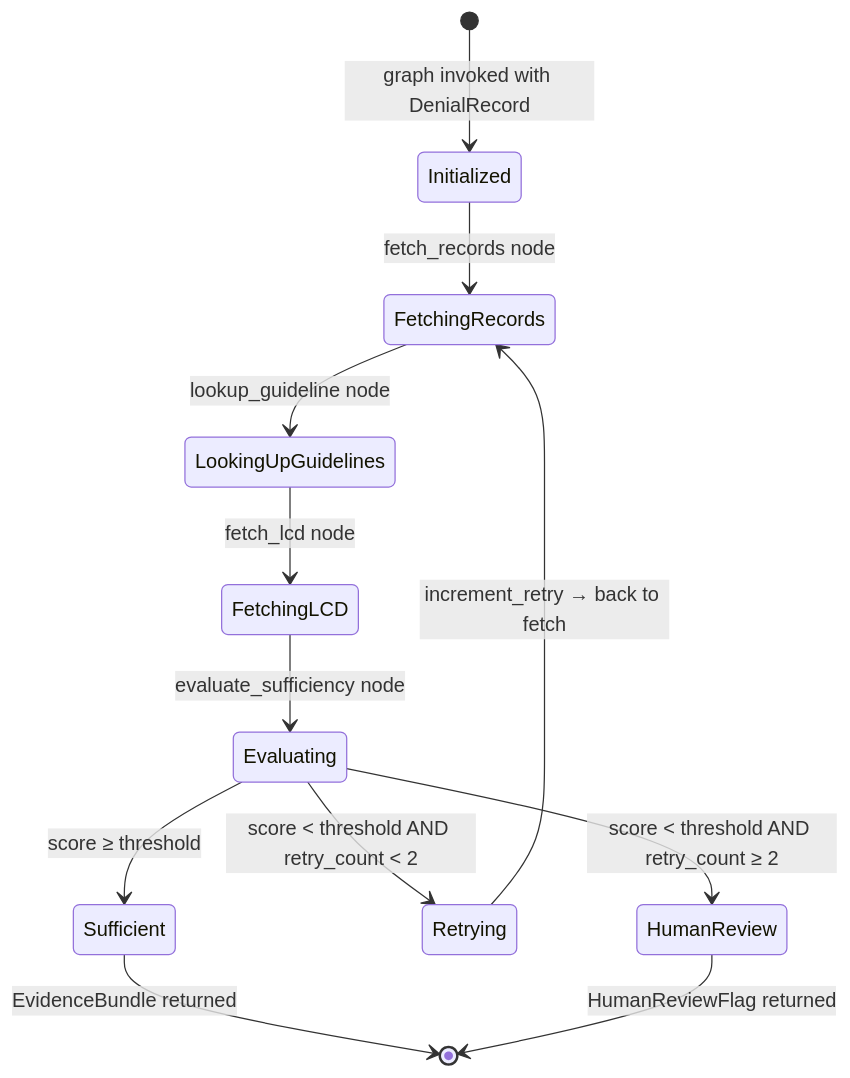
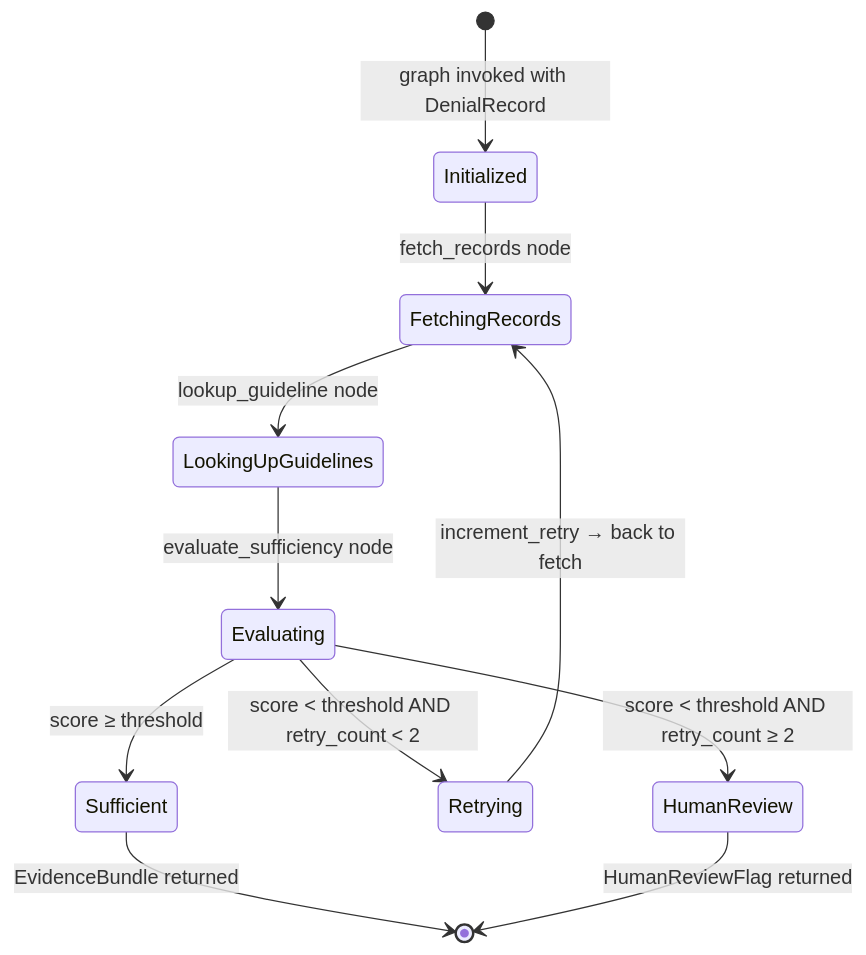
The seventh of 8 diagrams in _docs/02.clinical-denial-reversal-tech-spec.md (tuangatech/claim-reversal), drawn with Mermaid before and after one commit. The commit also changed other lines of this file and 1 other file, not shown here.

````diff
--- a/_docs/02.clinical-denial-reversal-tech-spec.md
+++ b/_docs/02.clinical-denial-reversal-tech-spec.md
@@ -734,14 +725,13 @@
 ```mermaid
 stateDiagram-v2
     [*] --> Initialized : graph invoked with DenialRecord
     Initialized --> FetchingRecords : fetch_records node
     FetchingRecords --> LookingUpGuidelines : lookup_guideline node
-    LookingUpGuidelines --> FetchingLCD : fetch_lcd node
-    FetchingLCD --> Evaluating : evaluate_sufficiency node
+    LookingUpGuidelines --> Evaluating : evaluate_sufficiency node
     Evaluating --> Sufficient : score ≥ threshold
     Evaluating --> Retrying : score < threshold AND retry_count < 2
     Evaluating --> HumanReview : score < threshold AND retry_count ≥ 2
     Retrying --> FetchingRecords : increment_retry → back to fetch
     Sufficient --> [*] : EvidenceBundle returned
     HumanReview --> [*] : HumanReviewFlag returned
 ```
````
